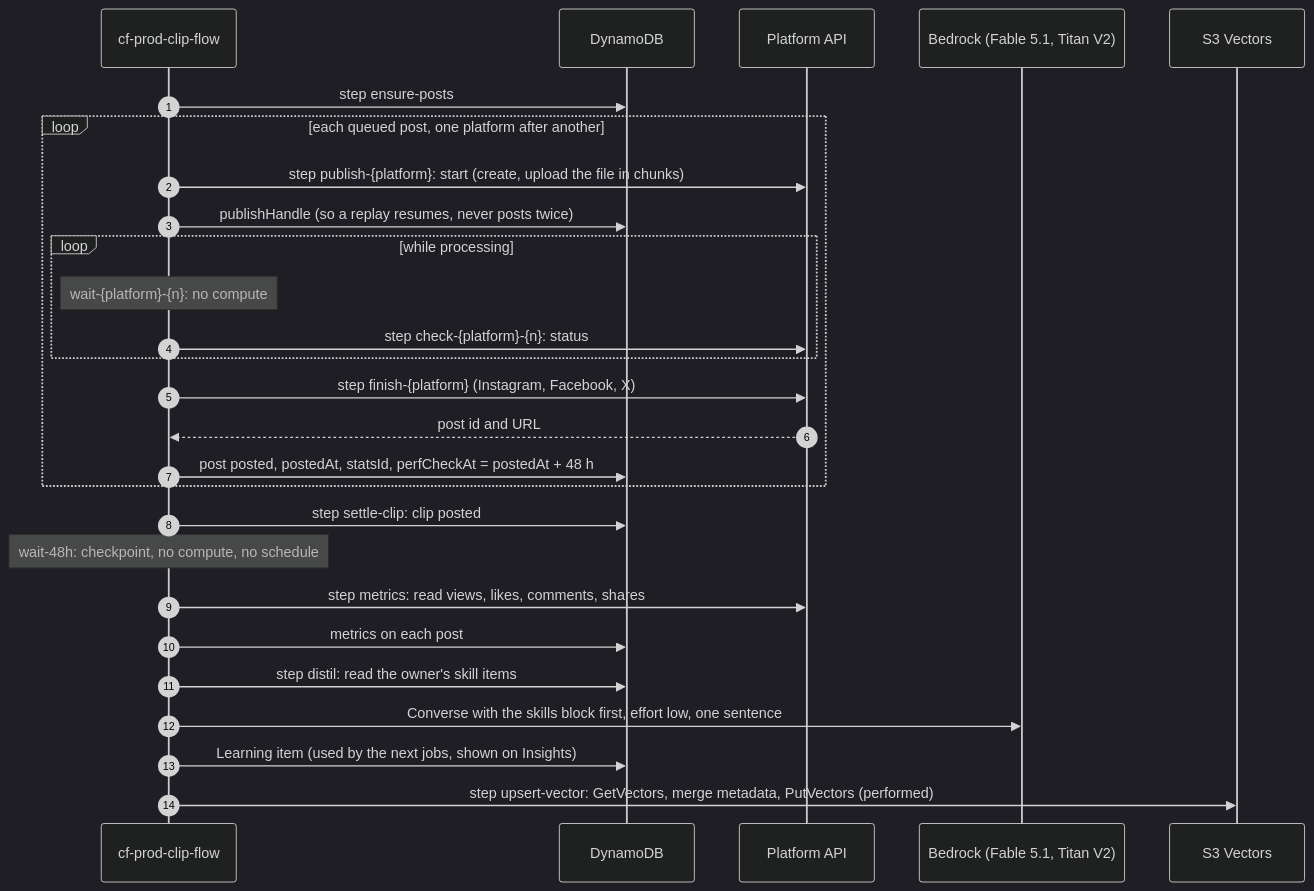
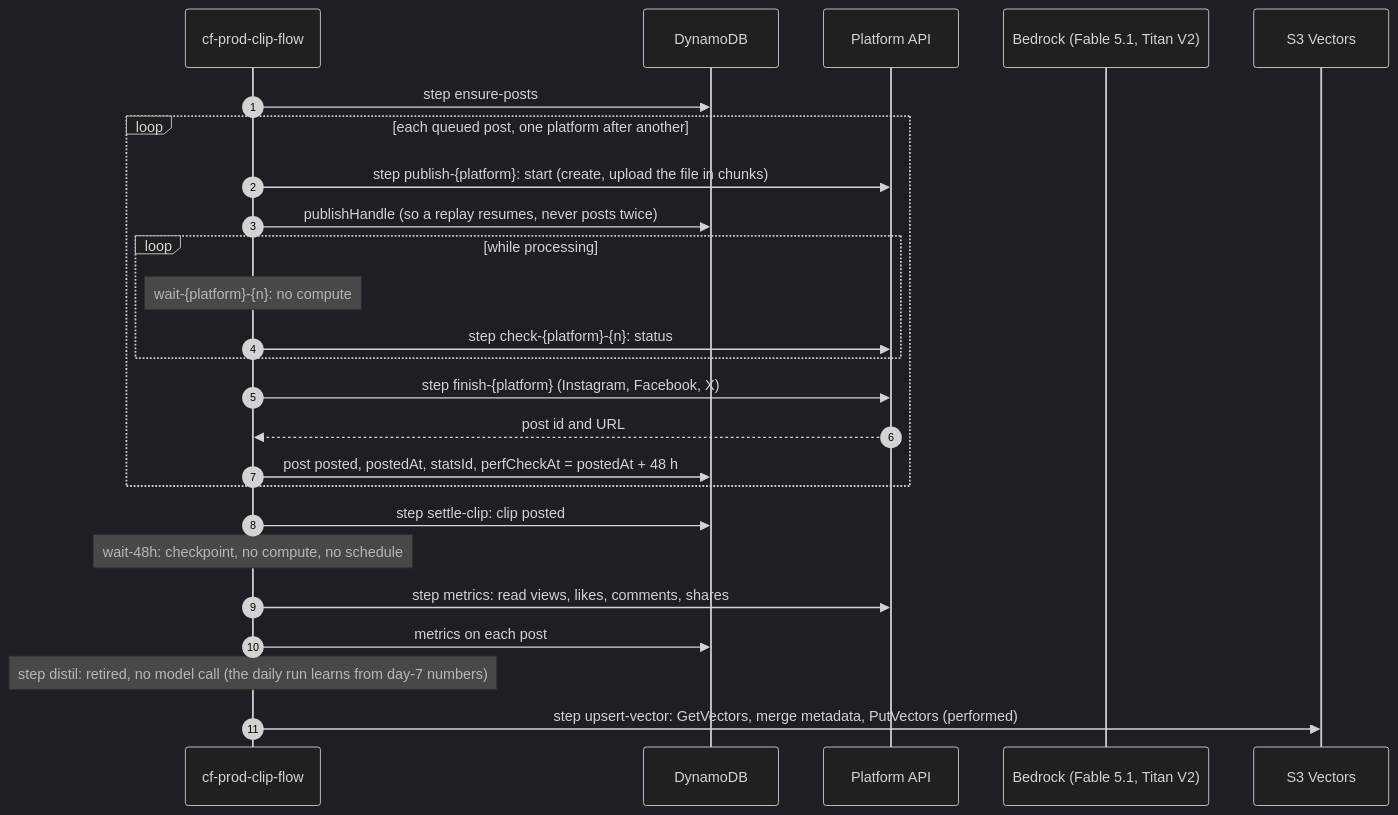
The tenth of 20 diagrams in docs/ARCHITECTURE.md (Lamo2real/clip-factory), drawn with Mermaid (dark theme) before and after one commit. The commit also changed other lines of this file and 12 other files, not shown here.

````diff
--- a/docs/ARCHITECTURE.md
+++ b/docs/ARCHITECTURE.md
@@ -426,29 +427,27 @@
 ```mermaid
 sequenceDiagram
   autonumber
   participant C as cf-prod-clip-flow
   participant D as DynamoDB
   participant X as Platform API
   participant B as Bedrock (Fable 5.1, Titan V2)
   participant V as S3 Vectors
   C->>D: step ensure-posts
   loop each queued post, one platform after another
     C->>X: step publish-{platform}: start (create, upload the file in chunks)
     C->>D: publishHandle (so a replay resumes, never posts twice)
     loop while processing
       Note over C: wait-{platform}-{n}: no compute
       C->>X: step check-{platform}-{n}: status
     end
     C->>X: step finish-{platform} (Instagram, Facebook, X)
     X-->>C: post id and URL
     C->>D: post posted, postedAt, statsId, perfCheckAt = postedAt + 48 h
   end
   C->>D: step settle-clip: clip posted
   Note over C: wait-48h: checkpoint, no compute, no schedule
   C->>X: step metrics: read views, likes, comments, shares
   C->>D: metrics on each post
-  C->>D: step distil: read the owner's skill items
-  C->>B: Converse with the skills block first, effort low, one sentence
-  C->>D: Learning item (used by the next jobs, shown on Insights)
+  Note over C: step distil: retired, no model call (the daily run learns from day-7 numbers)
   C->>V: step upsert-vector: GetVectors, merge metadata, PutVectors (performed)
 ```
````
